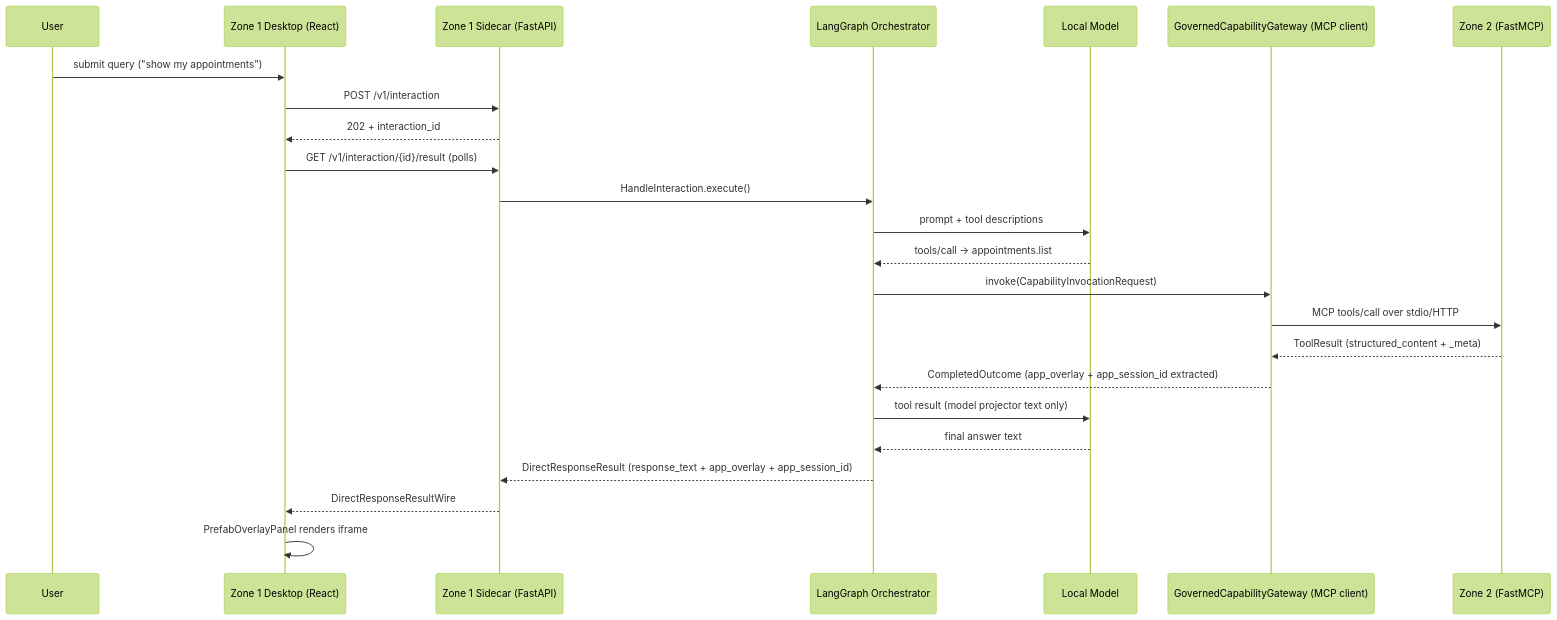
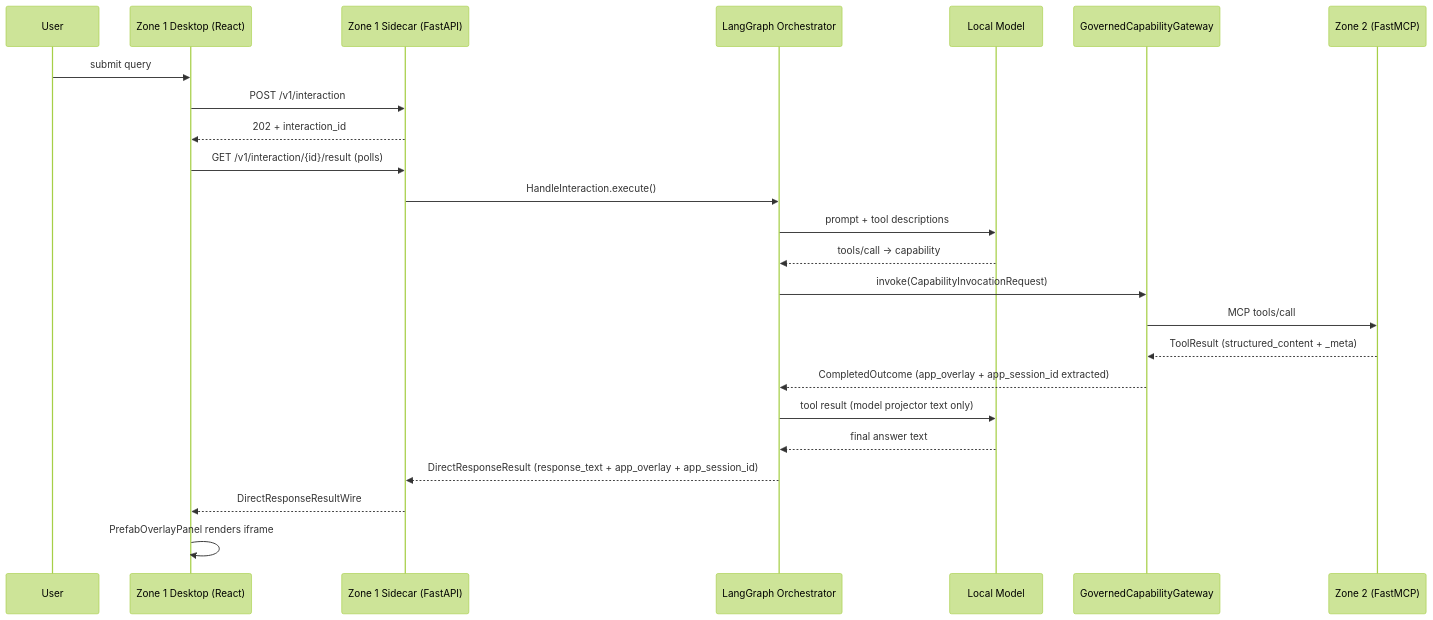
The second of 7 diagrams in docs/fastmcp-apps-and-prefab-overlay.md (CharlieAtki06/SovereignAgenticArchitecture), drawn with Mermaid (forest theme) before and after one commit. The commit also changed other lines of this file, not shown here.

````diff
--- a/docs/fastmcp-apps-and-prefab-overlay.md
+++ b/docs/fastmcp-apps-and-prefab-overlay.md
@@ -181,28 +189,28 @@
 ```mermaid
 sequenceDiagram
     participant User
     participant Desktop as Zone 1 Desktop (React)
     participant Sidecar as Zone 1 Sidecar (FastAPI)
     participant LangGraph as LangGraph Orchestrator
     participant Model as Local Model
-    participant Gateway as GovernedCapabilityGateway (MCP client)
+    participant Gateway as GovernedCapabilityGateway
     participant Z2 as Zone 2 (FastMCP)
 
-    User->>Desktop: submit query ("show my appointments")
+    User->>Desktop: submit query
     Desktop->>Sidecar: POST /v1/interaction
     Sidecar-->>Desktop: 202 + interaction_id
     Desktop->>Sidecar: GET /v1/interaction/{id}/result (polls)
 
     Sidecar->>LangGraph: HandleInteraction.execute()
     LangGraph->>Model: prompt + tool descriptions
-    Model-->>LangGraph: tools/call → appointments.list
+    Model-->>LangGraph: tools/call → capability
     LangGraph->>Gateway: invoke(CapabilityInvocationRequest)
-    Gateway->>Z2: MCP tools/call over stdio/HTTP
+    Gateway->>Z2: MCP tools/call
     Z2-->>Gateway: ToolResult (structured_content + _meta)
     Gateway-->>LangGraph: CompletedOutcome (app_overlay + app_session_id extracted)
     LangGraph->>Model: tool result (model projector text only)
     Model-->>LangGraph: final answer text
     LangGraph-->>Sidecar: DirectResponseResult (response_text + app_overlay + app_session_id)
     Sidecar-->>Desktop: DirectResponseResultWire
     Desktop->>Desktop: PrefabOverlayPanel renders iframe
 ```
````
